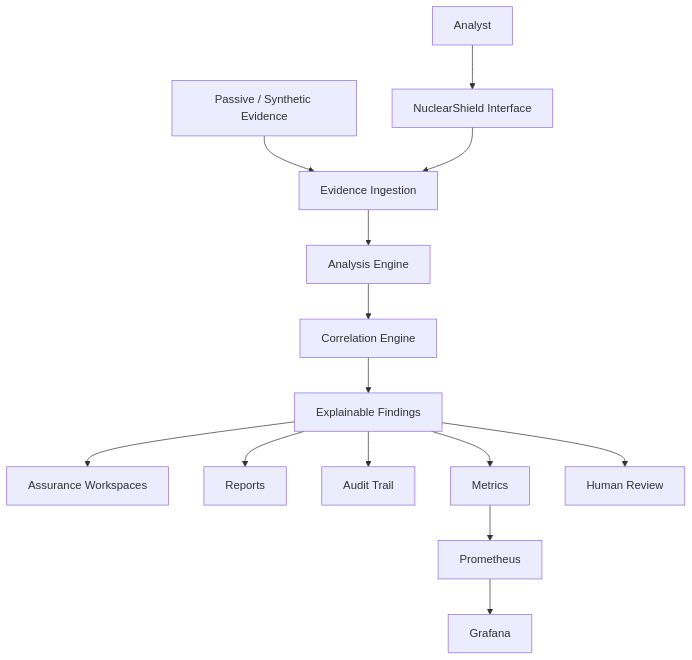
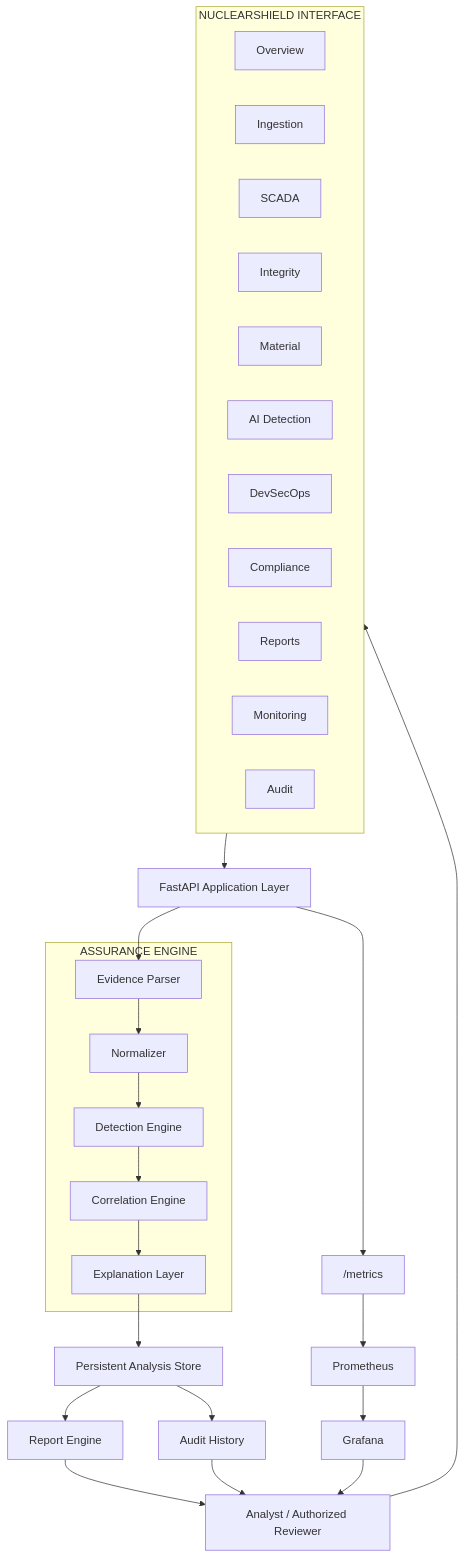
One commit to ruveeha33/NuclearShield changed the third of 6 diagrams in README.md. Above: the diagram before and after it, drawn with Mermaid. The commit also changed other lines of this file, not shown here.

````diff
--- a/README.md
+++ b/README.md
@@ -194,23 +209,50 @@
 ```mermaid
 flowchart TB
-    USER["Analyst"]
-    DATA["Passive / Synthetic Evidence"]
 
-    USER --> UI["NuclearShield Interface"]
-    DATA --> INGEST["Evidence Ingestion"]
-    UI --> INGEST
+    USER["Analyst / Authorized Reviewer"]
 
-    INGEST --> ANALYSIS["Analysis Engine"]
-    ANALYSIS --> CORRELATION["Correlation Engine"]
-    CORRELATION --> FINDINGS["Explainable Findings"]
+    subgraph UI["NUCLEARSHIELD INTERFACE"]
+        DASH["Overview"]
+        ING["Ingestion"]
+        SCADA["SCADA"]
+        INTEGRITYUI["Integrity"]
+        MATERIAL["Material"]
+        AI["AI Detection"]
+        DEV["DevSecOps"]
+        COMP["Compliance"]
+        REP["Reports"]
+        MON["Monitoring"]
+        AUD["Audit"]
+    end
 
-    FINDINGS --> WORKSPACES["Assurance Workspaces"]
-    FINDINGS --> REPORTS["Reports"]
-    FINDINGS --> AUDIT["Audit Trail"]
-    FINDINGS --> METRICS["Metrics"]
+    USER --> UI
+
+    UI --> API["FastAPI Application Layer"]
+
+    subgraph CORE["ASSURANCE ENGINE"]
+        PARSER["Evidence Parser"]
+        NORMALIZER["Normalizer"]
+        ANALYZER["Detection Engine"]
+        CORRELATOR["Correlation Engine"]
+        EXPLAIN["Explanation Layer"]
+    end
+
+    API --> PARSER
+    PARSER --> NORMALIZER
+    NORMALIZER --> ANALYZER
+    ANALYZER --> CORRELATOR
+    CORRELATOR --> EXPLAIN
+
+    EXPLAIN --> STORE["Persistent Analysis Store"]
+    STORE --> REPORTING["Report Engine"]
+    STORE --> AUDITSTORE["Audit History"]
+
+    API --> METRICS["/metrics"]
 
     METRICS --> PROM["Prometheus"]
     PROM --> GRAFANA["Grafana"]
 
-    FINDINGS --> HUMAN["Human Review"]
+    REPORTING --> USER
+    AUDITSTORE --> USER
+    GRAFANA --> USER
 ```
````
